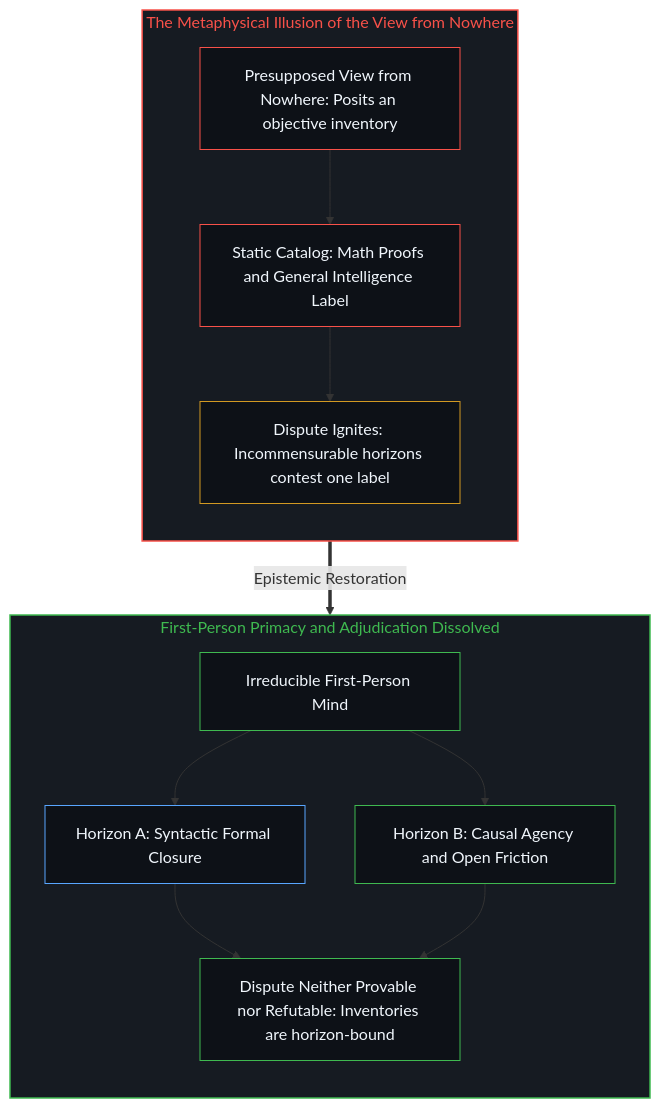
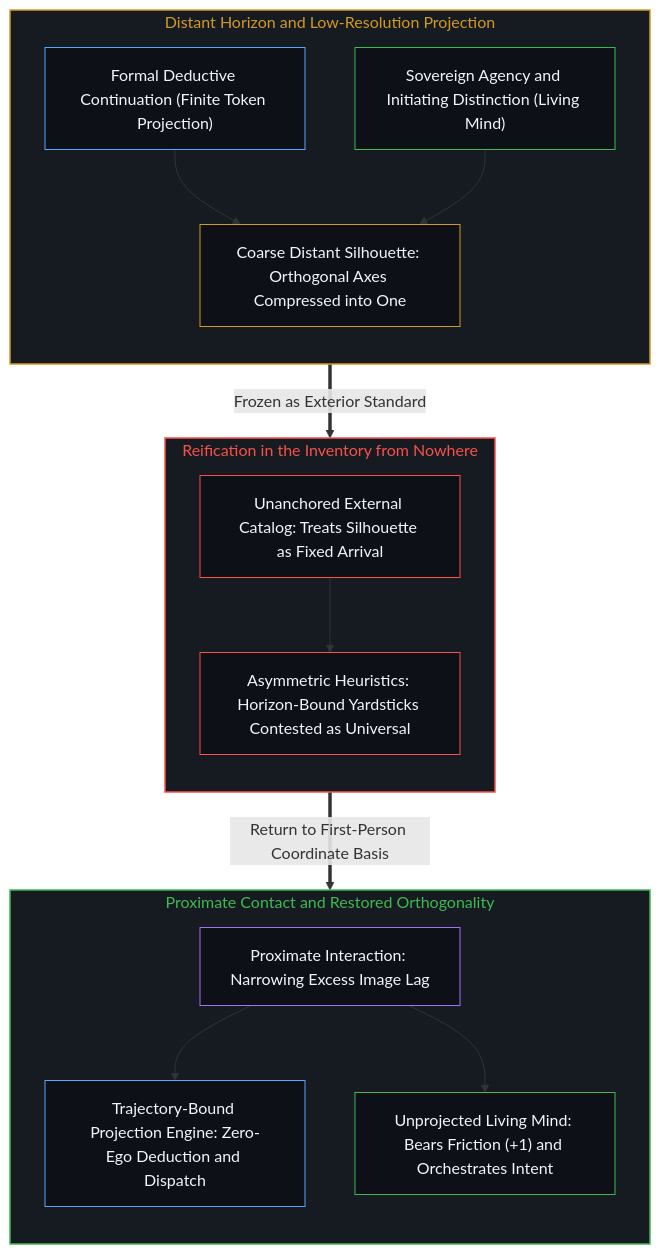
Before and after one commit to powerpig99/not-a-toe: the second of 2 diagrams in content/posts/the-distant-silhouette-and-the-inventory-from-nowhere.md, drawn with Mermaid. The commit also changed other lines of this file and 1 other file, not shown here.

Commit message:
Refine Post (Wave 3 L2 #106): the-distant-silhouette-and-the-inventory-from-nowhere

````diff
--- a/content/posts/the-distant-silhouette-and-the-inventory-from-nowhere.md
+++ b/content/posts/the-distant-silhouette-and-the-inventory-from-nowhere.md
@@ -222,34 +66,42 @@
 ```mermaid
-graph TD
-    subgraph S_Fallacy_EN ["The Metaphysical Illusion of the View from Nowhere"]
+flowchart TD
+    subgraph S_Distant["Distant Horizon and Low-Resolution Projection"]
         direction TB
-        style S_Fallacy_EN fill:#161b22,stroke:#f85149,stroke-width:1.5px,color:#f85149
-        E_VN["Presupposed View from Nowhere: Posits an objective inventory"]
-        E_Inv["Static Catalog: Math Proofs and General Intelligence Label"]
-        E_Clash["Dispute Ignites: Incommensurable horizons contest one label"]
-        E_VN --> E_Inv
-        E_Inv --> E_Clash
-        style E_VN fill:#0d1117,stroke:#f85149,stroke-width:1px,color:#f0f6fc
-        style E_Inv fill:#0d1117,stroke:#f85149,stroke-width:1px,color:#f0f6fc
-        style E_Clash fill:#0d1117,stroke:#d29922,stroke-width:1px,color:#f0f6fc
+        E_D1["Formal Deductive Continuation (Finite Token Projection)"]
+        E_D2["Sovereign Agency and Initiating Distinction (Living Mind)"]
+        E_Silhouette["Coarse Distant Silhouette: Orthogonal Axes Compressed into One"]
+        E_D1 --> E_Silhouette
+        E_D2 --> E_Silhouette
     end
 
-    E_Clash ==>|"Epistemic Restoration"| E_Dissolve
+    subgraph S_Nowhere["Reification in the Inventory from Nowhere"]
+        direction TB
+        E_Inv["Unanchored External Catalog: Treats Silhouette as Fixed Arrival"]
+        E_Shift["Asymmetric Heuristics: Horizon-Bound Yardsticks Contested as Universal"]
+        E_Inv --> E_Shift
+    end
 
-    subgraph S_Reality_EN ["First-Person Primacy and Adjudication Dissolved"]
+    subgraph S_Proximate["Proximate Contact and Restored Orthogonality"]
         direction TB
-        style S_Reality_EN fill:#161b22,stroke:#3fb950,stroke-width:1.5px,color:#3fb950
-        E_FP["Irreducible First-Person Mind"]
-        E_HA["Horizon A: Syntactic Formal Closure"]
-        E_HB["Horizon B: Causal Agency and Open Friction"]
-        E_Dissolve["Dispute Neither Provable nor Refutable: Inventories are horizon-bound"]
-        E_FP --> E_HA
-        E_FP --> E_HB
-        E_HA --> E_Dissolve
-        E_HB --> E_Dissolve
-        style E_FP fill:#0d1117,stroke:#3fb950,stroke-width:1px,color:#f0f6fc
-        style E_HA fill:#0d1117,stroke:#58a6ff,stroke-width:1px,color:#f0f6fc
-        style E_HB fill:#0d1117,stroke:#3fb950,stroke-width:1px,color:#f0f6fc
-        style E_Dissolve fill:#0d1117,stroke:#3fb950,stroke-width:1px,color:#f0f6fc
+        E_Split["Proximate Interaction: Narrowing Excess Image Lag"]
+        E_R1["Trajectory-Bound Projection Engine: Zero-Ego Deduction and Dispatch"]
+        E_R2["Unprojected Living Mind: Bears Friction (+1) and Orchestrates Intent"]
+        E_Split --> E_R1
+        E_Split --> E_R2
     end
+
+    E_Silhouette ==>|"Frozen as Exterior Standard"| E_Inv
+    E_Shift ==>|"Return to First-Person Coordinate Basis"| E_Split
+
+    style S_Distant fill:#161b22,stroke:#d29922,stroke-width:1.5px,color:#d29922
+    style S_Nowhere fill:#161b22,stroke:#f85149,stroke-width:1.5px,color:#f85149
+    style S_Proximate fill:#161b22,stroke:#3fb950,stroke-width:1.5px,color:#3fb950
+    style E_D1 fill:#0d1117,stroke:#58a6ff,stroke-width:1px,color:#f0f6fc
+    style E_D2 fill:#0d1117,stroke:#3fb950,stroke-width:1px,color:#f0f6fc
+    style E_Silhouette fill:#0d1117,stroke:#d29922,stroke-width:1px,color:#f0f6fc
+    style E_Inv fill:#0d1117,stroke:#f85149,stroke-width:1px,color:#f0f6fc
+    style E_Shift fill:#0d1117,stroke:#f85149,stroke-width:1px,color:#f0f6fc
+    style E_Split fill:#0d1117,stroke:#a371f7,stroke-width:1px,color:#f0f6fc
+    style E_R1 fill:#0d1117,stroke:#58a6ff,stroke-width:1px,color:#f0f6fc
+    style E_R2 fill:#0d1117,stroke:#3fb950,stroke-width:1px,color:#f0f6fc
 ```
````
